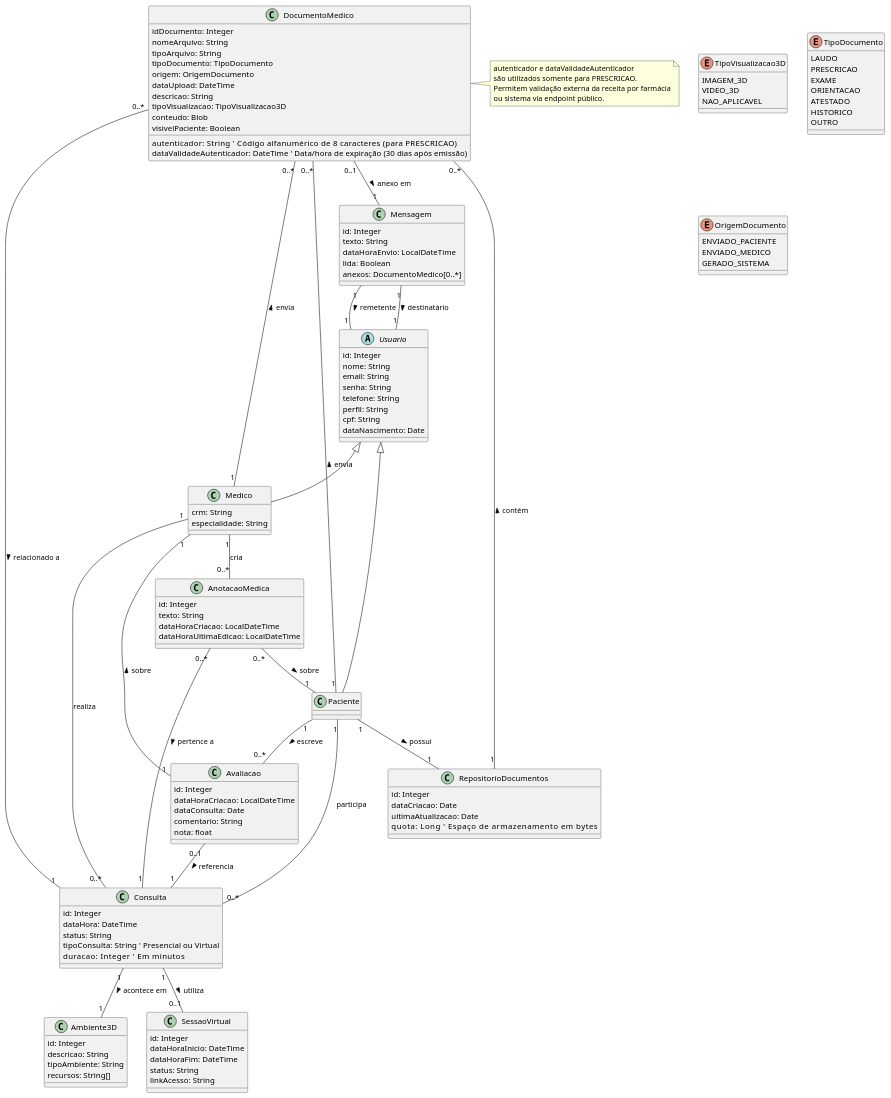
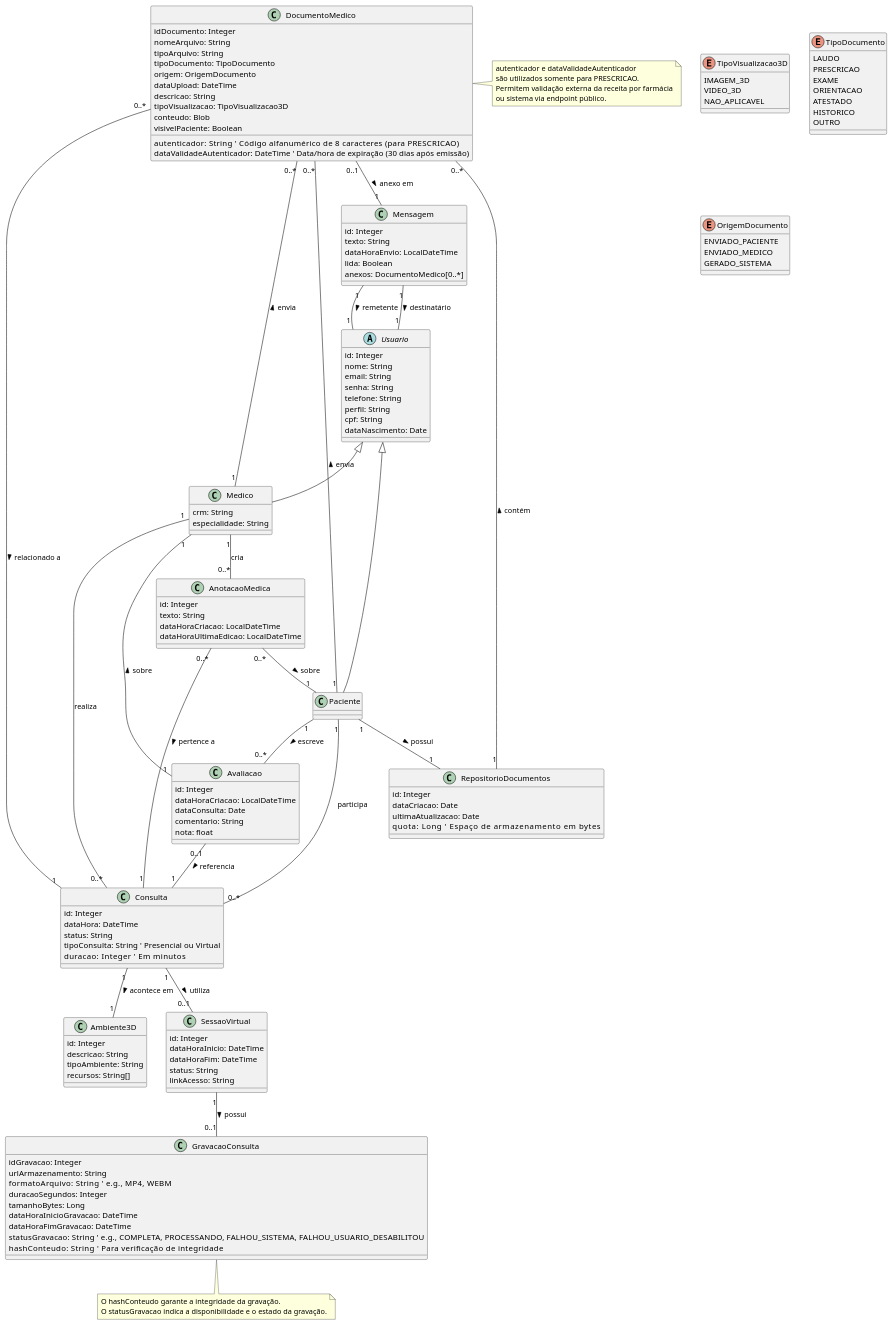
Before and after one commit to gilmarUFG/rs_es_20251_g1: the diagram in trabalho_grupo/modelos_uml/diagrama_classes.plantuml, drawn with PlantUML.

Commit message:
Update diagrama_classes.plantuml -> para contemplar RF09

```diff
--- a/trabalho_grupo/modelos_uml/diagrama_classes.plantuml
+++ b/trabalho_grupo/modelos_uml/diagrama_classes.plantuml
@@ -1,151 +1,168 @@
 @startuml
 ' Modelo de domínio combinado (classes de análise - atributos e associações)
 
 enum TipoVisualizacao3D {
     IMAGEM_3D
     VIDEO_3D
     NAO_APLICAVEL
 }
 
 enum TipoDocumento {
     LAUDO
     PRESCRICAO
     EXAME
     ORIENTACAO
     ATESTADO
     HISTORICO
     OUTRO
 }
 
 enum OrigemDocumento {
     ENVIADO_PACIENTE
     ENVIADO_MEDICO
     GERADO_SISTEMA
 }
 
 abstract class Usuario {
     id: Integer
     nome: String
     email: String
     senha: String
     telefone: String
     perfil: String
     cpf: String
-    dataNascimento: Date 
+    dataNascimento: Date
 }
 
 class Medico {
     crm: String
-    especialidade: String 
+    especialidade: String
 }
 
-class Paciente { 
+class Paciente {
     ' Herda atributos de Usuario
 }
 
 class Consulta {
     id: Integer
     dataHora: DateTime
     status: String
     tipoConsulta: String  ' Presencial ou Virtual
     duracao: Integer      ' Em minutos
 }
 
 class DocumentoMedico {
     idDocumento: Integer
     nomeArquivo: String
     tipoArquivo: String
     tipoDocumento: TipoDocumento
     origem: OrigemDocumento
     dataUpload: DateTime
     descricao: String
     tipoVisualizacao: TipoVisualizacao3D
     conteudo: Blob
     visivelPaciente: Boolean
     autenticador: String          ' Código alfanumérico de 8 caracteres (para PRESCRICAO)
     dataValidadeAutenticador: DateTime  ' Data/hora de expiração (30 dias após emissão)
 }
 
-' Observação: autenticador e dataValidadeAutenticador são preenchidos apenas quando tipoDocumento = PRESCRICAO.
-
 class RepositorioDocumentos {
     id: Integer
     dataCriacao: Date
     ultimaAtualizacao: Date
-    quota: Long           ' Espaço de armazenamento em bytes
+    quota: Long            ' Espaço de armazenamento em bytes
 }
 
 class Ambiente3D {
     id: Integer
     descricao: String
     tipoAmbiente: String
     recursos: String[]
 }
 
 class AnotacaoMedica {
     id: Integer
     texto: String
     dataHoraCriacao: LocalDateTime
     dataHoraUltimaEdicao: LocalDateTime
 }
 
 class Mensagem {
     id: Integer
     texto: String
     dataHoraEnvio: LocalDateTime
     lida: Boolean
     anexos: DocumentoMedico[0..*]
 }
 
 class SessaoVirtual {
     id: Integer
     dataHoraInicio: DateTime
     dataHoraFim: DateTime
     status: String
     linkAcesso: String
 }
 
+class GravacaoConsulta {
+    idGravacao: Integer
+    urlArmazenamento: String
+    formatoArquivo: String      ' e.g., MP4, WEBM
+    duracaoSegundos: Integer
+    tamanhoBytes: Long
+    dataHoraInicioGravacao: DateTime
+    dataHoraFimGravacao: DateTime
+    statusGravacao: String      ' e.g., COMPLETA, PROCESSANDO, FALHOU_SISTEMA, FALHOU_USUARIO_DESABILITOU
+    hashConteudo: String        ' Para verificação de integridade
+}
+
 class Avaliacao {
     id: Integer
     dataHoraCriacao: LocalDateTime
     dataConsulta: Date
     comentario: String
     nota: float
 }
 
-Usuario <|-- Medico 
+Usuario <|-- Medico
 Usuario <|-- Paciente
 
 Medico "1" -- "0..*" Consulta : realiza
 Paciente "1" -- "0..*" Consulta : participa
 Consulta "1" -- "1" Ambiente3D : acontece em >
 Consulta "1" -- "0..1" SessaoVirtual : utiliza >
+
+SessaoVirtual "1" -- "0..1" GravacaoConsulta : possui >
 
 Paciente "1" -- "1" RepositorioDocumentos : possui >
 RepositorioDocumentos "1" -- "0..*" DocumentoMedico : contém >
 
 DocumentoMedico "0..*" -- "1" Consulta : relacionado a >
 DocumentoMedico "0..1" -- "1" Mensagem : anexo em >
 
 Medico "1" -- "0..*" DocumentoMedico : envia >
 Paciente "1" -- "0..*" DocumentoMedico : envia >
 
 Medico "1" -- "0..*" AnotacaoMedica : cria
 AnotacaoMedica "0..*" -- "1" Consulta : pertence a >
 AnotacaoMedica "0..*" -- "1" Paciente : sobre >
 
 Mensagem "1" -- "1" Usuario : remetente >
 Mensagem "1" -- "1" Usuario : destinatário >
 
 Paciente "1" -- "0..*" Avaliacao : escreve >
 Avaliacao "1" -- "1" Medico : sobre >
 Avaliacao "0..1" -- "1" Consulta : referencia >
 
 note right of DocumentoMedico
 autenticador e dataValidadeAutenticador
 são utilizados somente para PRESCRICAO.
 Permitem validação externa da receita por farmácia
 ou sistema via endpoint público.
 end note
 
+note bottom of GravacaoConsulta
+O hashConteudo garante a integridade da gravação.
+O statusGravacao indica a disponibilidade e o estado da gravação.
+end note
+
 @enduml
```
